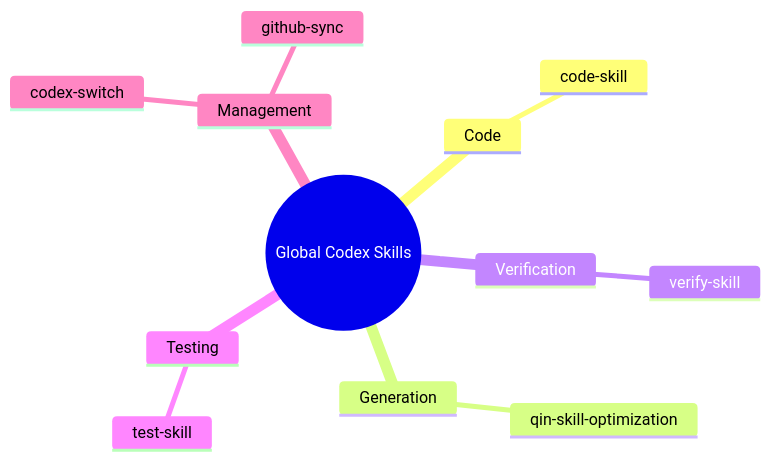
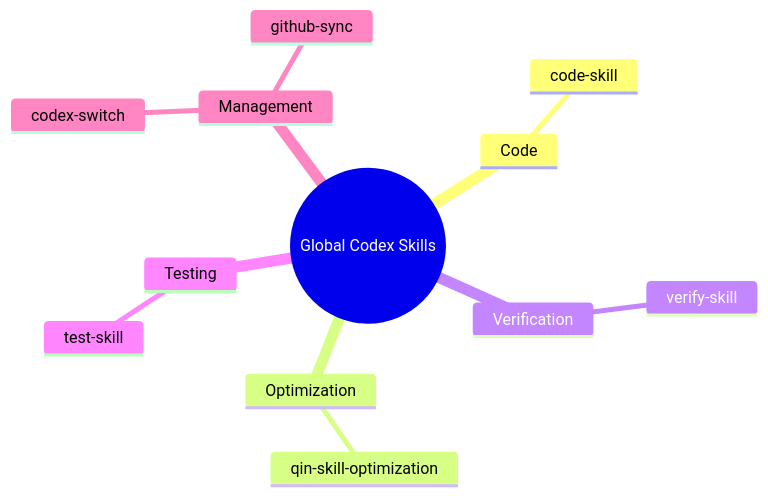
One commit to qinbatista/qin-codex-skills changed the diagram in current_global_skills_overview.md. Above: the diagram before and after it, drawn with Mermaid. The commit also changed other lines of this file and 4 other files, not shown here.

````diff
--- a/current_global_skills_overview.md
+++ b/current_global_skills_overview.md
@@ -18,15 +18,15 @@
 ```mermaid
 mindmap
   root((Global Codex Skills))
     Code
       code-skill
-    Generation
+    Optimization
       qin-skill-optimization
     Verification
       verify-skill
     Testing
       test-skill
     Management
       codex-switch
       github-sync
 ```
````
